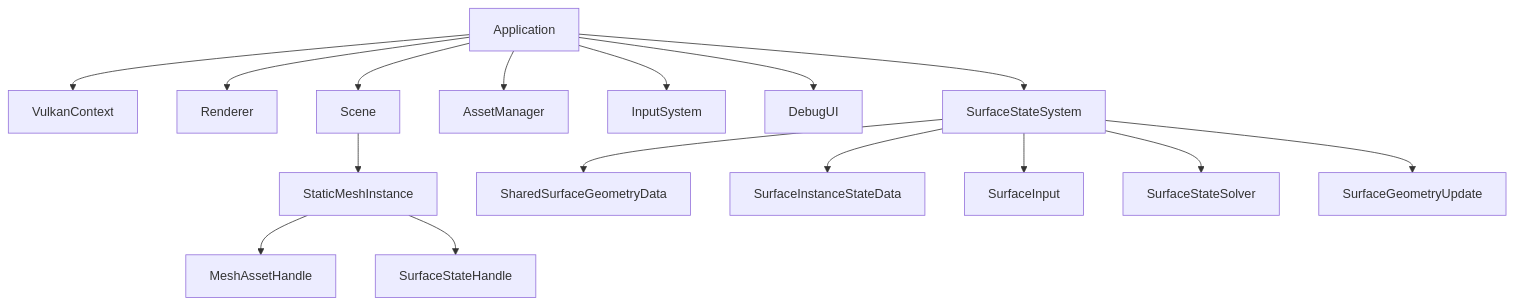
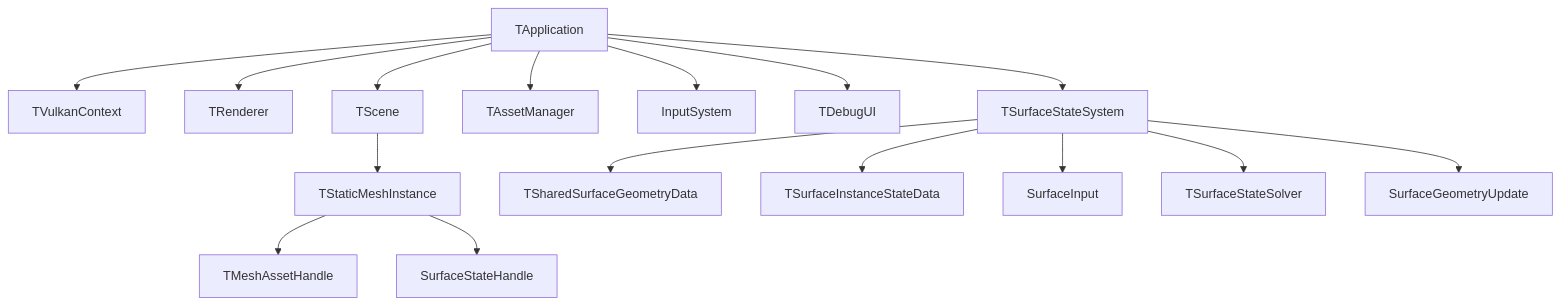
The diagram in Docs/MDSSP-Vault/03_Architecture/0000_Overview.md (Yonaim/Material-Dependent-Surface-State-Engine), drawn with Mermaid before and after one commit. The commit also changed other lines of this file and 120 other files, not shown here.

````diff
--- a/Docs/MDSSP-Vault/03_Architecture/0000_Overview.md
+++ b/Docs/MDSSP-Vault/03_Architecture/0000_Overview.md
@@ -7,18 +7,18 @@
 ```mermaid
 flowchart TD
-  App[Application] --> VK[VulkanContext]
-  App --> Renderer
-  App --> Scene
-  App --> Assets[AssetManager]
+  App[TApplication] --> VK[TVulkanContext]
+  App --> TRenderer
+  App --> TScene
+  App --> Assets[TAssetManager]
   App --> Input[InputSystem]
-  App --> Debug[DebugUI]
-  App --> SSS[SurfaceStateSystem]
-  Scene --> Inst[StaticMeshInstance]
-  Inst --> Mesh[MeshAssetHandle]
+  App --> Debug[TDebugUI]
+  App --> SSS[TSurfaceStateSystem]
+  TScene --> Inst[TStaticMeshInstance]
+  Inst --> Mesh[TMeshAssetHandle]
   Inst --> State[SurfaceStateHandle]
-  SSS --> Shared[SharedSurfaceGeometryData]
-  SSS --> Dynamic[SurfaceInstanceStateData]
+  SSS --> Shared[TSharedSurfaceGeometryData]
+  SSS --> Dynamic[TSurfaceInstanceStateData]
   SSS --> Contact[SurfaceInput]
-  SSS --> Solver[SurfaceStateSolver]
+  SSS --> Solver[TSurfaceStateSolver]
   SSS --> GeoUpdate[SurfaceGeometryUpdate]
 ```
````
